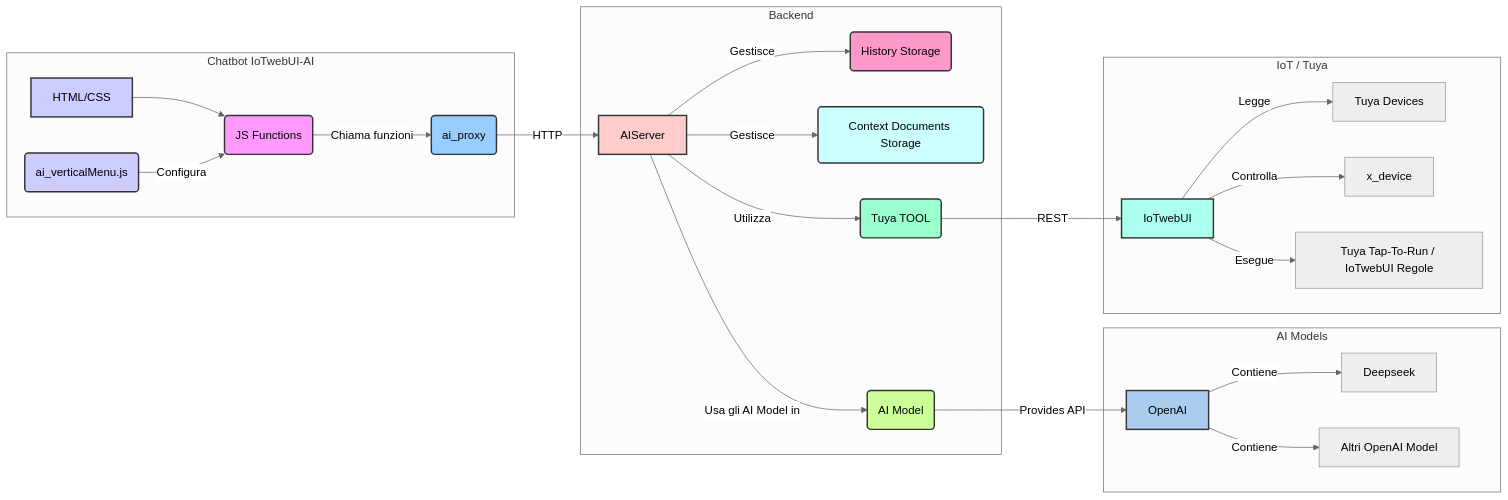
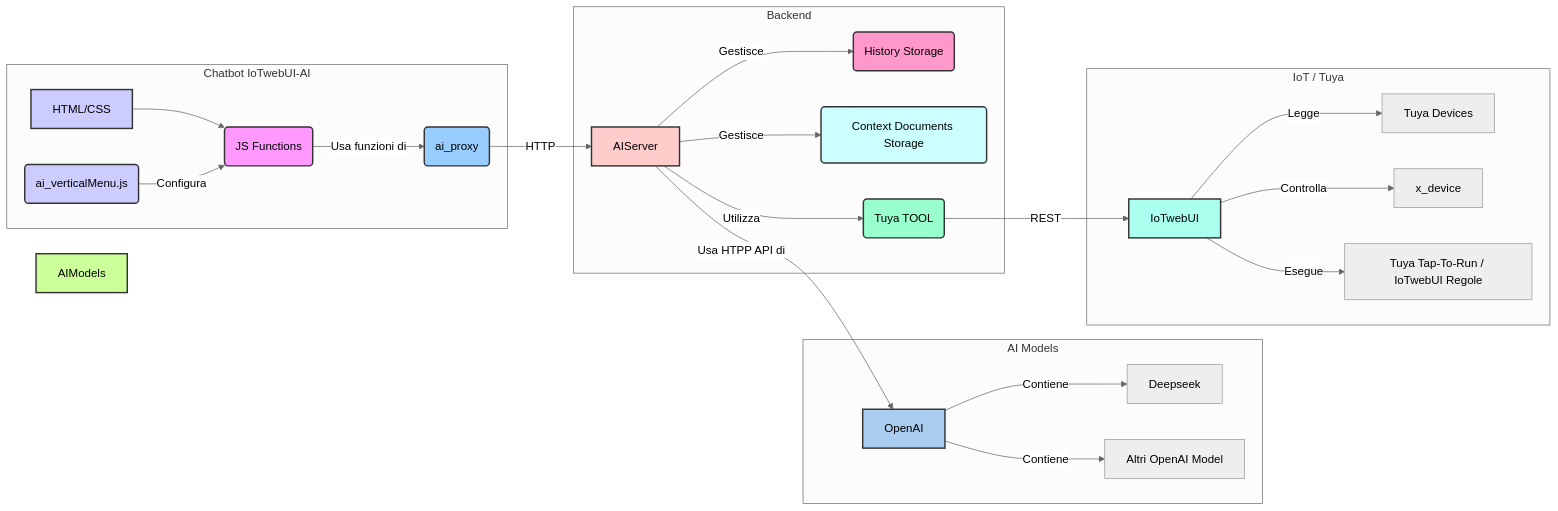
The diagram in IOTwebUI-AI/LEGGIMI.md (msillano/IoTwebUI), drawn with Mermaid before and after one commit.

````diff
--- a/IOTwebUI-AI/LEGGIMI.md
+++ b/IOTwebUI-AI/LEGGIMI.md
@@ -12,41 +12,40 @@
 ```mermaid
 %%{init: {'theme': 'neutral'}}%%
 graph LR
     subgraph Chatbot IoTwebUI-AI
         style UI fill:#ccf,stroke:#333,stroke-width:2px
         style UI_JS fill:#f9f,stroke:#333,stroke-width:2px
         style UI_Menu fill:#ccf,stroke:#333,stroke-width:2px
         UI[HTML/CSS] --> UI_JS(JS Functions);
         UI_Menu(ai_verticalMenu.js) -- Configura --> UI_JS;
-        UI_JS -- Chiama funzioni --> Proxy(ai_proxy);
+        UI_JS -- Usa funzioni di --> Proxy(ai_proxy);
     end
 
     subgraph Backend
         style Proxy fill:#9cf,stroke:#333,stroke-width:2px
         style AIServer fill:#fcc,stroke:#333,stroke-width:2px
         style HistoryDB fill:#f9c,stroke:#333,stroke-width:2px
         style ContextFiles fill:#cff,stroke:#333,stroke-width:2px
         Proxy -- HTTP --> AIServer;
-        AIServer -- Usa gli AI Model in --> AIModels(AI Model);
         AIServer -- Gestisce --> HistoryDB(History Storage);
         AIServer -- Gestisce --> ContextFiles(Context Documents Storage);
         AIServer -- Utilizza   --> IoT(Tuya TOOL);
     end
 
     subgraph AI Models
         style AIModels fill:#cf9,stroke:#333,stroke-width:2px
         style OpenAI fill:#ace,stroke:#333,stroke-width:2px
-        AIModels -- Provides API --> OpenAI;
+        AIServer -- Usa HTPP API di --> OpenAI;
         OpenAI -- Contiene --> Deepseek;
         OpenAI -- Contiene --> GPTModels[Altri OpenAI Model];
      end
 
     subgraph IoT / Tuya
         style IoT fill:#9fc,stroke:#333,stroke-width:2px
         style IoTwebUI fill:#afe,stroke:#333,stroke-width:2px
         IoT -- REST --> IoTwebUI;
         IoTwebUI -- Legge -->     TuyaDevices[Tuya Devices];
         IoTwebUI -- Controlla --> x_device;
         IoTwebUI -- Esegue --> TuyaAutomations[Tuya Tap-To-Run / IoTwebUI Regole];
     end
 ```
````
